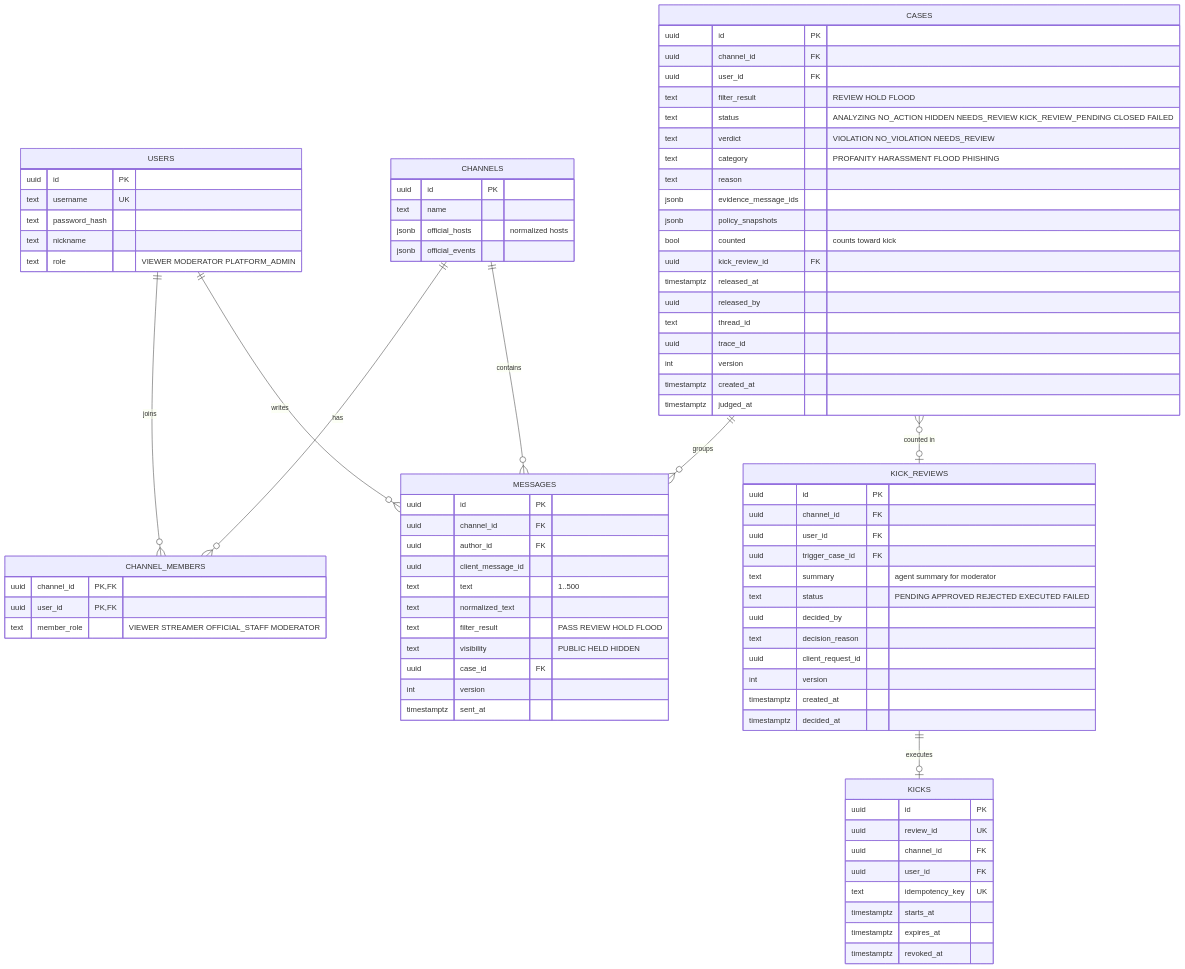
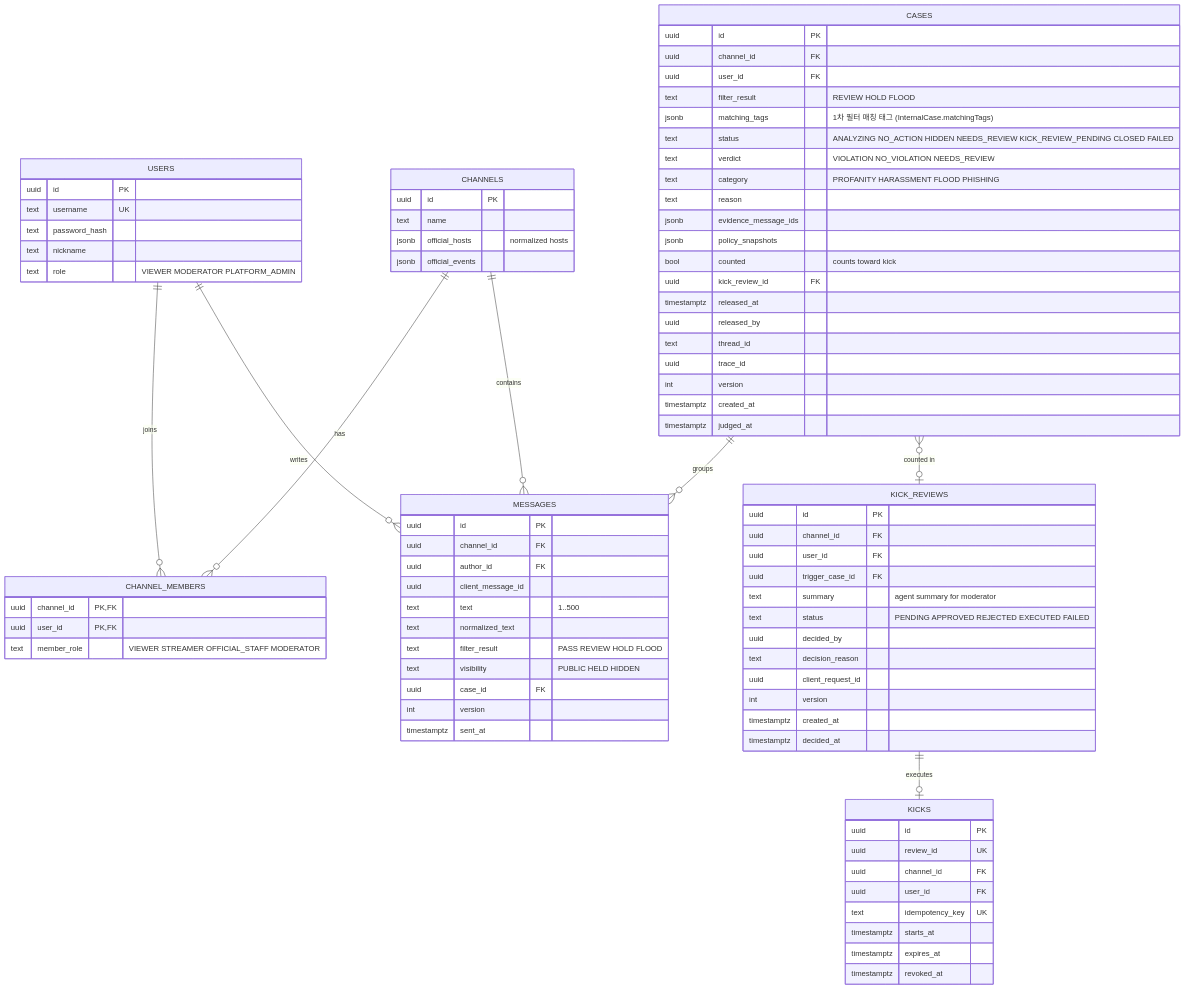
One commit to skalaP05-03-261019/liveguard-be changed the diagram in docs/erd.md. Above: the diagram before and after it, drawn with Mermaid.

Commit message:
docs: ERD cases에 matching_tags 컬럼 추가
계약 InternalCase.matchingTags(필수, string 배열)를 저장할 컬럼이 ERD에 빠져
있었다. 1차 필터의 매칭 태그를 담으며, B2가 cases 테이블을 만들 때 추가한다.

Claude-Session: https://claude.ai/code/session_01A2LD6iWnnnnbH2T9jpZPtv

```diff
--- a/docs/erd.md
+++ b/docs/erd.md
@@ -73,6 +73,7 @@
         uuid channel_id FK
         uuid user_id FK
         text filter_result "REVIEW HOLD FLOOD"
+        jsonb matching_tags "1차 필터 매칭 태그 (InternalCase.matchingTags)"
         text status "ANALYZING NO_ACTION HIDDEN NEEDS_REVIEW KICK_REVIEW_PENDING CLOSED FAILED"
         text verdict "VIOLATION NO_VIOLATION NEEDS_REVIEW"
         text category "PROFANITY HARASSMENT FLOOD PHISHING"
```
